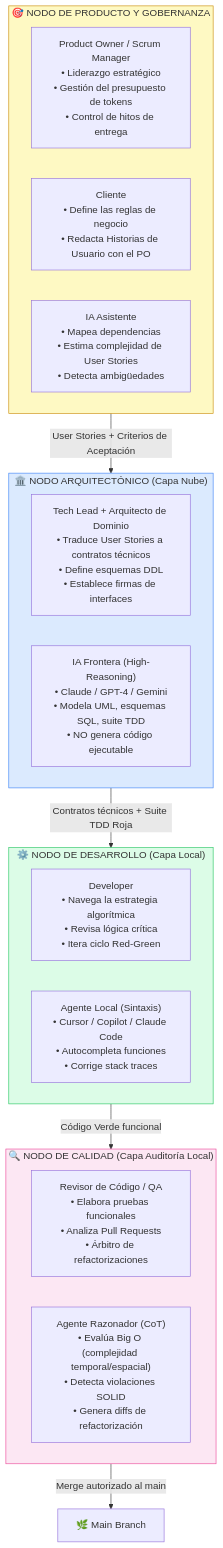
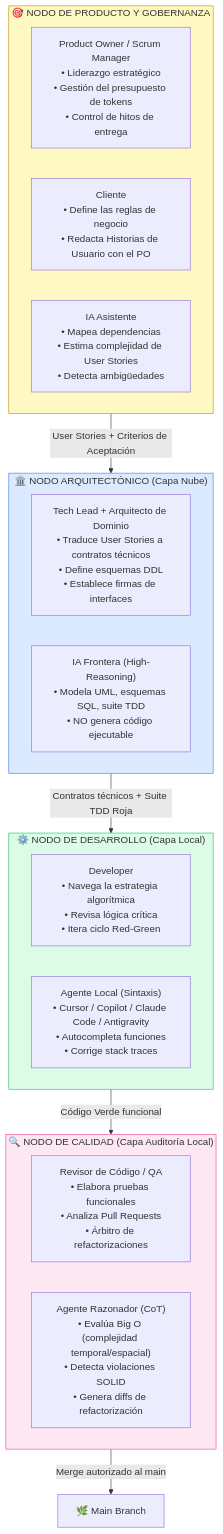
The second of 2 diagrams in docs/04-fundamentos-topologia.md (brunoguzman-dev/H-AXP), drawn with Mermaid before and after one commit. The commit also changed other lines of this file and 9 other files, not shown here.

````diff
--- a/docs/04-fundamentos-topologia.md
+++ b/docs/04-fundamentos-topologia.md
@@ -60,33 +60,33 @@
 ```mermaid
 graph TB
     subgraph NODO_PRODUCTO["🎯 NODO DE PRODUCTO Y GOBERNANZA"]
         PO["Product Owner / Scrum Manager\n• Liderazgo estratégico\n• Gestión del presupuesto de tokens\n• Control de hitos de entrega"]
         CLI["Cliente\n• Define las reglas de negocio\n• Redacta Historias de Usuario con el PO"]
         IA_PO["IA Asistente\n• Mapea dependencias\n• Estima complejidad de User Stories\n• Detecta ambigüedades"]
     end
 
     subgraph NODO_ARQ["🏛️ NODO ARQUITECTÓNICO (Capa Nube)"]
         TL["Tech Lead + Arquitecto de Dominio\n• Traduce User Stories a contratos técnicos\n• Define esquemas DDL\n• Establece firmas de interfaces"]
-        IA_NUBE["IA Frontera (High-Reasoning)\n• Claude / GPT-4 / Gemini\n• Modela UML, esquemas SQL, suite TDD\n• NO genera código ejecutable"]
+        IA_NUBE["IA Frontera (High-Reasoning)\n• Modela UML, esquemas SQL, suite TDD\n• NO genera código ejecutable"]
     end
 
     subgraph NODO_DEV["⚙️ NODO DE DESARROLLO (Capa Local)"]
         DEV["Developer\n• Navega la estrategia algorítmica\n• Revisa lógica crítica\n• Itera ciclo Red-Green"]
-        IA_LOCAL["Agente Local (Sintaxis)\n• Cursor / Copilot / Claude Code\n• Autocompleta funciones\n• Corrige stack traces"]
+        IA_LOCAL["Agente Local (Sintaxis)\n• Cursor / Copilot / Claude Code / Antigravity\n• Autocompleta funciones\n• Corrige stack traces"]
     end
 
     subgraph NODO_QA["🔍 NODO DE CALIDAD (Capa Auditoría Local)"]
         QA["Revisor de Código / QA\n• Elabora pruebas funcionales\n• Analiza Pull Requests\n• Árbitro de refactorizaciones"]
         IA_RAZON["Agente Razonador (CoT)\n• Evalúa Big O (complejidad temporal/espacial)\n• Detecta violaciones SOLID\n• Genera diffs de refactorización"]
     end
 
     NODO_PRODUCTO -->|"User Stories + Criterios de Aceptación"| NODO_ARQ
     NODO_ARQ -->|"Contratos técnicos + Suite TDD Roja"| NODO_DEV
     NODO_DEV -->|"Código Verde funcional"| NODO_QA
     NODO_QA -->|"Merge autorizado al main"| MAIN["🌿 Main Branch"]
 
     style NODO_PRODUCTO fill:#fef9c3,stroke:#ca8a04
     style NODO_ARQ fill:#dbeafe,stroke:#3b82f6
     style NODO_DEV fill:#dcfce7,stroke:#22c55e
     style NODO_QA fill:#fce7f3,stroke:#ec4899
 ```
````
